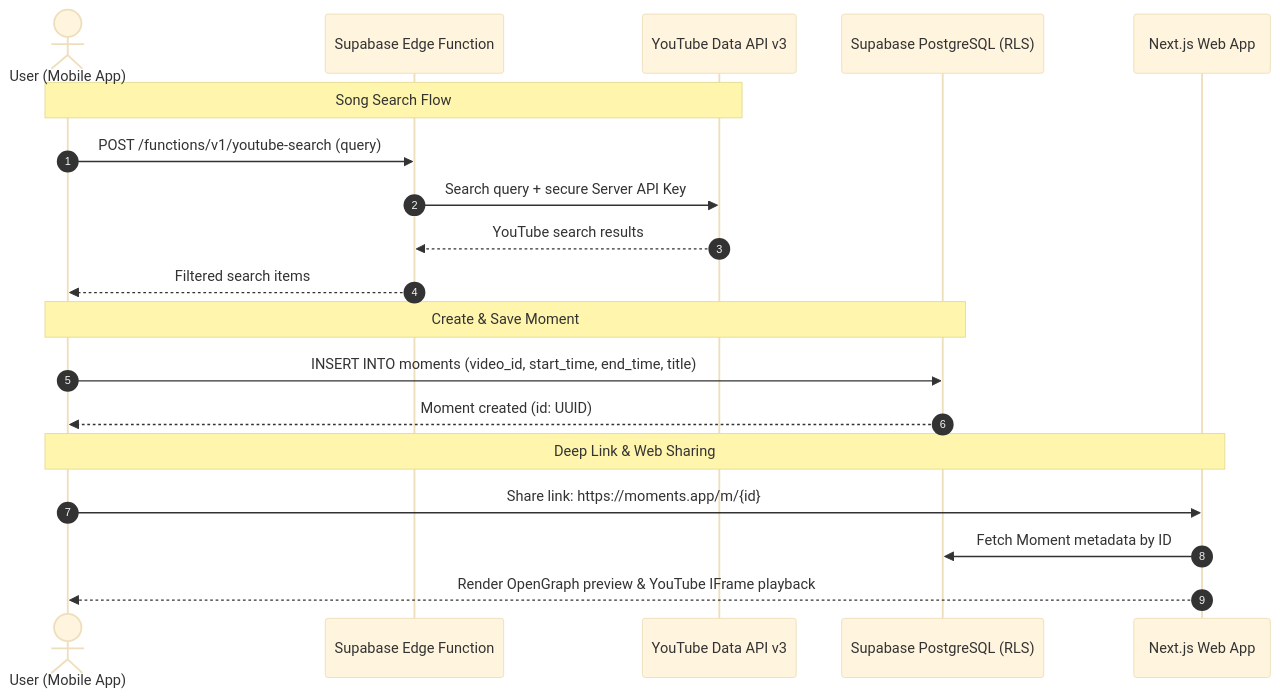
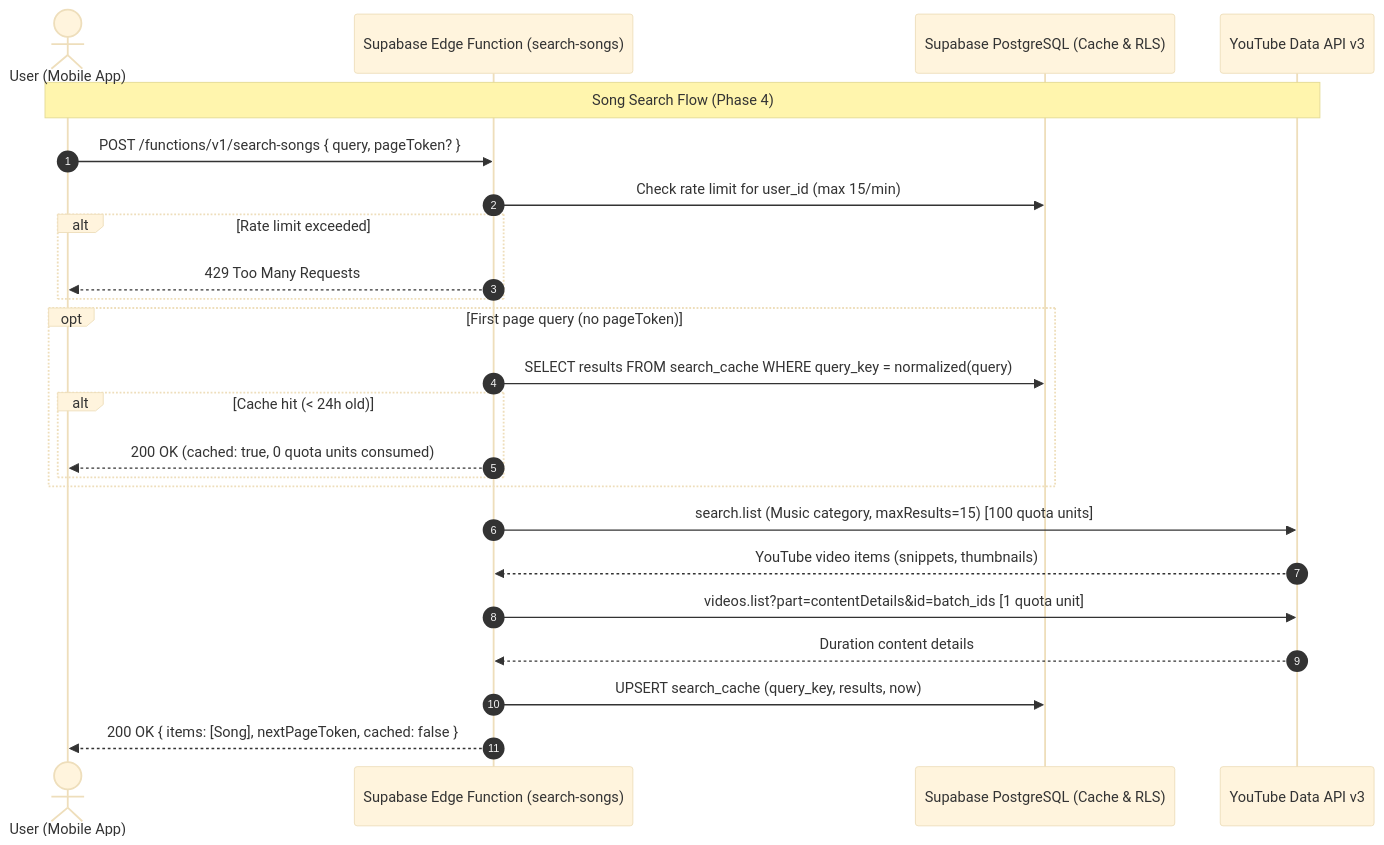
One commit to priyansh0602/Moments changed the diagram in docs/ARCHITECTURE.md. Above: the diagram before and after it, drawn with Mermaid (base theme). The commit also changed other lines of this file and 20 other files, not shown here.

Commit message:
feat(search): implement Phase 4 YouTube song search Edge Function, caching, and Flutter UI

````diff
--- a/docs/ARCHITECTURE.md
+++ b/docs/ARCHITECTURE.md
@@ -57,27 +58,28 @@
 ```mermaid
 sequenceDiagram
     autonumber
     actor User as User (Mobile App)
-    participant Edge as Supabase Edge Function
+    participant Edge as Supabase Edge Function (search-songs)
+    participant DB as Supabase PostgreSQL (Cache & RLS)
     participant YT as YouTube Data API v3
-    participant DB as Supabase PostgreSQL (RLS)
-    participant Web as Next.js Web App
 
     %% Search Flow
-    Note over User,YT: Song Search Flow
-    User->>Edge: POST /functions/v1/youtube-search (query)
-    Edge->>YT: Search query + secure Server API Key
-    YT-->>Edge: YouTube search results
-    Edge-->>User: Filtered search items
-
-    %% Save Moment Flow
-    Note over User,DB: Create & Save Moment
-    User->>DB: INSERT INTO moments (video_id, start_time, end_time, title)
-    DB-->>User: Moment created (id: UUID)
-
-    %% Share Flow
-    Note over User,Web: Deep Link & Web Sharing
-    User->>Web: Share link: https://moments.app/m/{id}
-    Web->>DB: Fetch Moment metadata by ID
-    Web-->>User: Render OpenGraph preview & YouTube IFrame playback
+    Note over User,YT: Song Search Flow (Phase 4)
+    User->>Edge: POST /functions/v1/search-songs { query, pageToken? }
+    Edge->>DB: Check rate limit for user_id (max 15/min)
+    alt Rate limit exceeded
+        Edge-->>User: 429 Too Many Requests
+    end
+    opt First page query (no pageToken)
+        Edge->>DB: SELECT results FROM search_cache WHERE query_key = normalized(query)
+        alt Cache hit (< 24h old)
+            Edge-->>User: 200 OK (cached: true, 0 quota units consumed)
+        end
+    end
+    Edge->>YT: search.list (Music category, maxResults=15) [100 quota units]
+    YT-->>Edge: YouTube video items (snippets, thumbnails)
+    Edge->>YT: videos.list?part=contentDetails&id=batch_ids [1 quota unit]
+    YT-->>Edge: Duration content details
+    Edge->>DB: UPSERT search_cache (query_key, results, now)
+    Edge-->>User: 200 OK { items: [Song], nextPageToken, cached: false }
 ```
````
